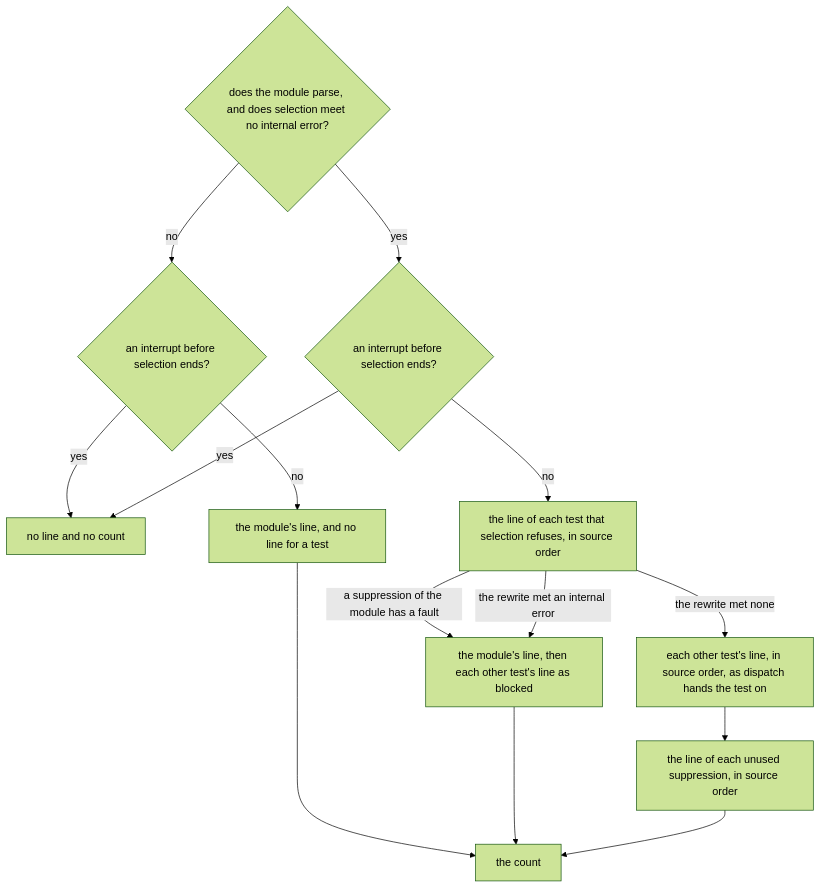
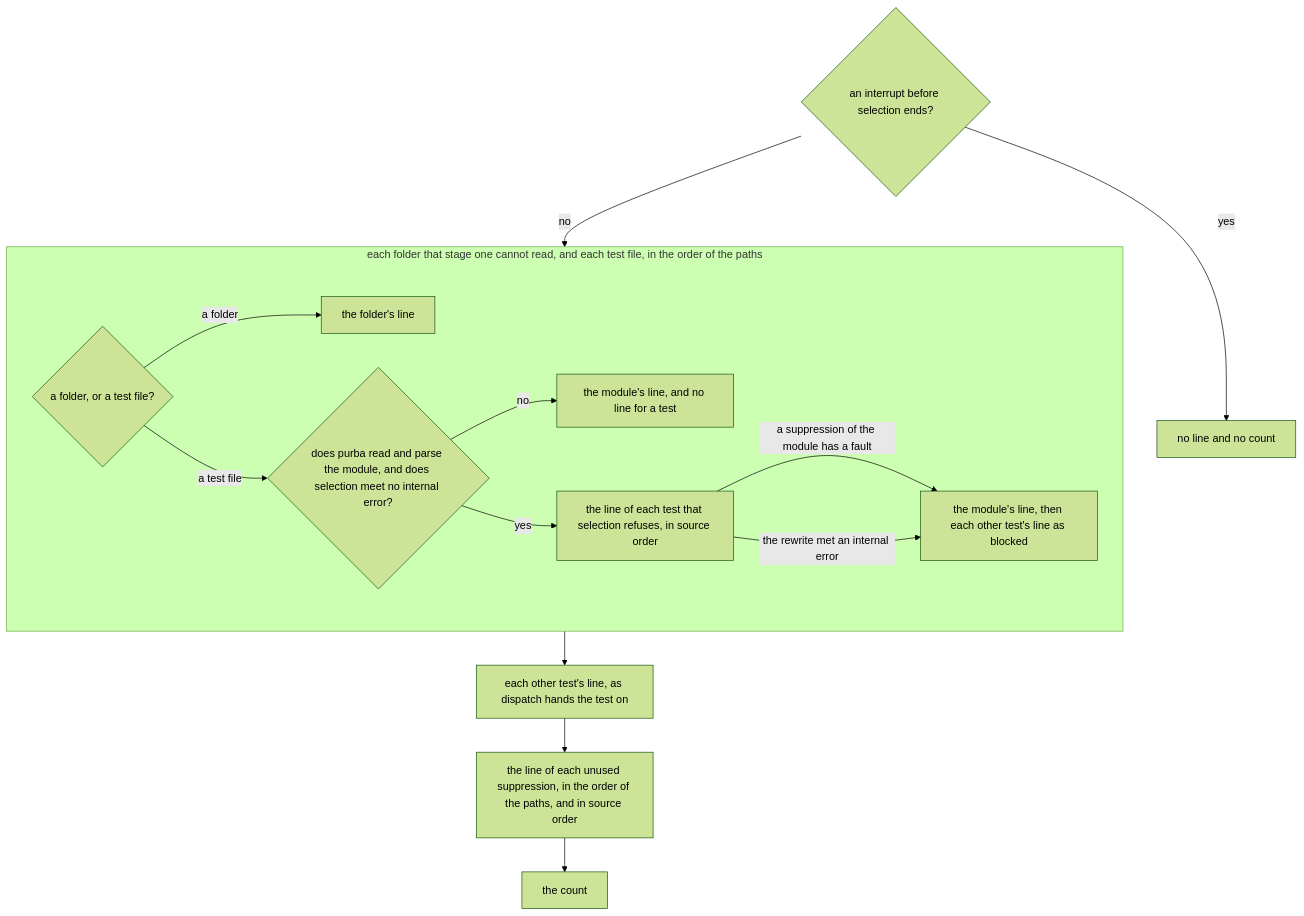
The diagram in docs/decisions/a-tester-runs-purba-on-one-module-and-reads-one-line-for-each-test.md (kalonji-tools/purba), drawn with Mermaid (forest theme) before and after one commit. The commit also changed other lines of this file and 65 other files, not shown here.

First line of the commit message:
feat(selection): find the test files of a project from its root (#1236)

````diff
--- a/docs/decisions/a-tester-runs-purba-on-one-module-and-reads-one-line-for-each-test.md
+++ b/docs/decisions/a-tester-runs-purba-on-one-module-and-reads-one-line-for-each-test.md
@@ -44,17 +44,18 @@
   ```mermaid
   flowchart TD
-    parse{"does the module parse, and does selection meet no internal error?"}
-    parse -- no --> stopped{"an interrupt before selection ends?"}
-    parse -- yes --> selected{"an interrupt before selection ends?"}
-    stopped -- yes --> silent["no line and no count"]
-    selected -- yes --> silent
-    stopped -- no --> module["the module's line, and no line for a test"]
-    selected -- no --> refused["the line of each test that selection refuses, in source order"]
-    refused -- "a suppression of the module has a fault" --> blocked
-    refused -- "the rewrite met an internal error" --> blocked["the module's line, then each other test's line as blocked"]
-    refused -- "the rewrite met none" --> others["each other test's line, in source order, as dispatch hands the test on"]
-    module --> count["the count"]
-    blocked --> count
-    others --> unused["the line of each unused suppression, in source order"]
-    unused --> count
+    interrupt{"an interrupt before selection ends?"}
+    interrupt -- yes --> silent["no line and no count"]
+    interrupt -- no --> paths
+    subgraph paths["each folder that stage one cannot read, and each test file, in the order of the paths"]
+      kind{"a folder, or a test file?"}
+      kind -- "a folder" --> folder["the folder's line"]
+      kind -- "a test file" --> parse{"does purba read and parse the module, and does selection meet no internal error?"}
+      parse -- no --> module["the module's line, and no line for a test"]
+      parse -- yes --> refused["the line of each test that selection refuses, in source order"]
+      refused -- "a suppression of the module has a fault" --> blocked
+      refused -- "the rewrite met an internal error" --> blocked["the module's line, then each other test's line as blocked"]
+    end
+    paths --> others["each other test's line, as dispatch hands the test on"]
+    others --> unused["the line of each unused suppression, in the order of the paths, and in source order"]
+    unused --> count["the count"]
   ```
````
